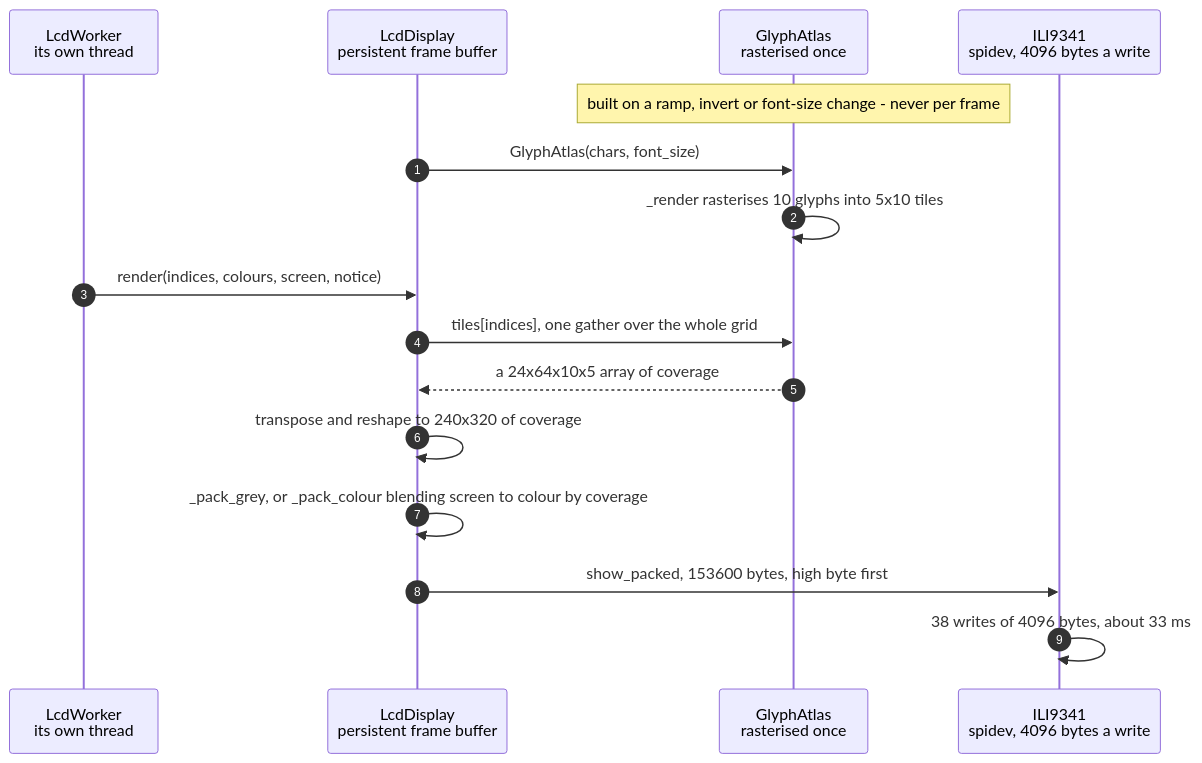
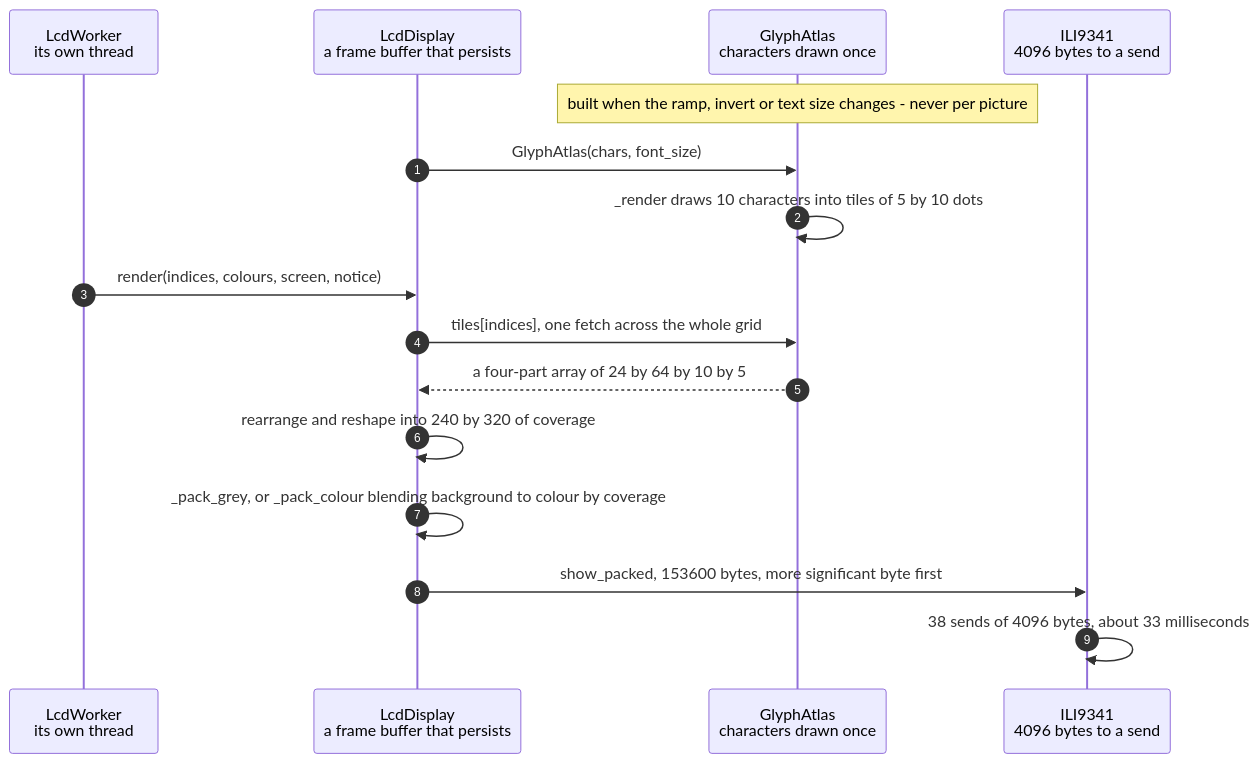
Before and after one commit to replicant1/AsciiArt-Pi: the diagram in docs/scenarios/the-character-grid-is-packed-into-rgb565-pixels-for-the-ili9341.md, drawn with Mermaid. The commit also changed other lines of this file and 4 other files, not shown here.

````diff
--- a/docs/scenarios/the-character-grid-is-packed-into-rgb565-pixels-for-the-ili9341.md
+++ b/docs/scenarios/the-character-grid-is-packed-into-rgb565-pixels-for-the-ili9341.md
@@ -60,19 +81,19 @@
 ```mermaid
 sequenceDiagram
     autonumber
     participant W as LcdWorker<br/>its own thread
-    participant D as LcdDisplay<br/>persistent frame buffer
-    participant A as GlyphAtlas<br/>rasterised once
-    participant Panel as ILI9341<br/>spidev, 4096 bytes a write
+    participant D as LcdDisplay<br/>a frame buffer that persists
+    participant A as GlyphAtlas<br/>characters drawn once
+    participant Panel as ILI9341<br/>4096 bytes to a send
 
-    note over A: built on a ramp, invert or font-size change - never per frame
+    note over A: built when the ramp, invert or text size changes - never per picture
     D->>A: GlyphAtlas(chars, font_size)
-    A->>A: _render rasterises 10 glyphs into 5x10 tiles
+    A->>A: _render draws 10 characters into tiles of 5 by 10 dots
     W->>D: render(indices, colours, screen, notice)
-    D->>A: tiles[indices], one gather over the whole grid
-    A-->>D: a 24x64x10x5 array of coverage
-    D->>D: transpose and reshape to 240x320 of coverage
-    D->>D: _pack_grey, or _pack_colour blending screen to colour by coverage
-    D->>Panel: show_packed, 153600 bytes, high byte first
-    Panel->>Panel: 38 writes of 4096 bytes, about 33 ms
+    D->>A: tiles[indices], one fetch across the whole grid
+    A-->>D: a four-part array of 24 by 64 by 10 by 5
+    D->>D: rearrange and reshape into 240 by 320 of coverage
+    D->>D: _pack_grey, or _pack_colour blending background to colour by coverage
+    D->>Panel: show_packed, 153600 bytes, more significant byte first
+    Panel->>Panel: 38 sends of 4096 bytes, about 33 milliseconds
 ```
````
